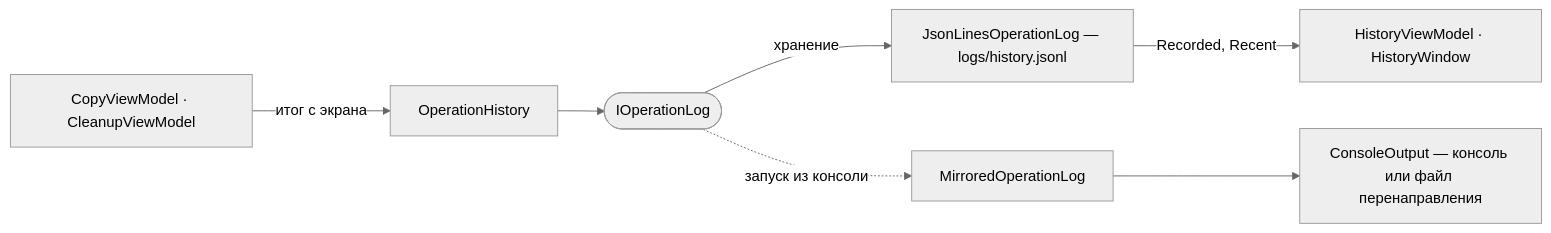
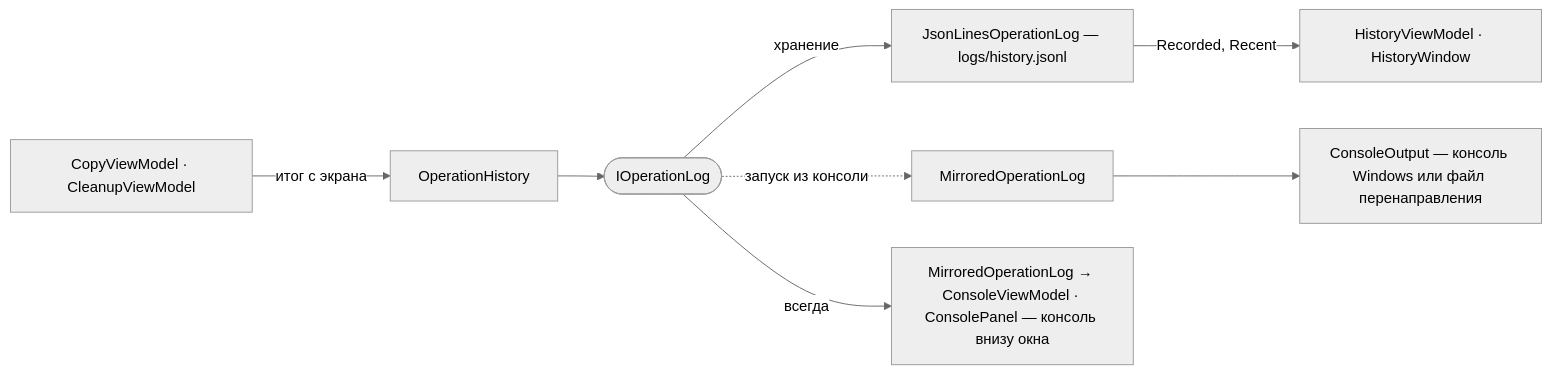
The seventh of 7 diagrams in docs/ARCHITECTURE.md (DedovMosol/iwo-Calendar-Bridge), drawn with Mermaid (neutral theme) before and after one commit. The commit also changed other lines of this file and 53 other files, not shown here.

````diff
--- a/docs/ARCHITECTURE.md
+++ b/docs/ARCHITECTURE.md
@@ -260,9 +271,10 @@
 ```mermaid
 flowchart LR
   VM["CopyViewModel · CleanupViewModel"] -->|итог с экрана| OH["OperationHistory"]
   OH --> LOG(["IOperationLog"])
   LOG -->|хранение| JL["JsonLinesOperationLog — logs/history.jsonl"]
   LOG -.->|запуск из консоли| MIR["MirroredOperationLog"]
-  MIR --> CON["ConsoleOutput — консоль или файл перенаправления"]
+  LOG -->|всегда| PANE["MirroredOperationLog → ConsoleViewModel · ConsolePanel — консоль внизу окна"]
+  MIR --> CON["ConsoleOutput — консоль Windows или файл перенаправления"]
   JL -->|Recorded, Recent| HW["HistoryViewModel · HistoryWindow"]
 ```
````
